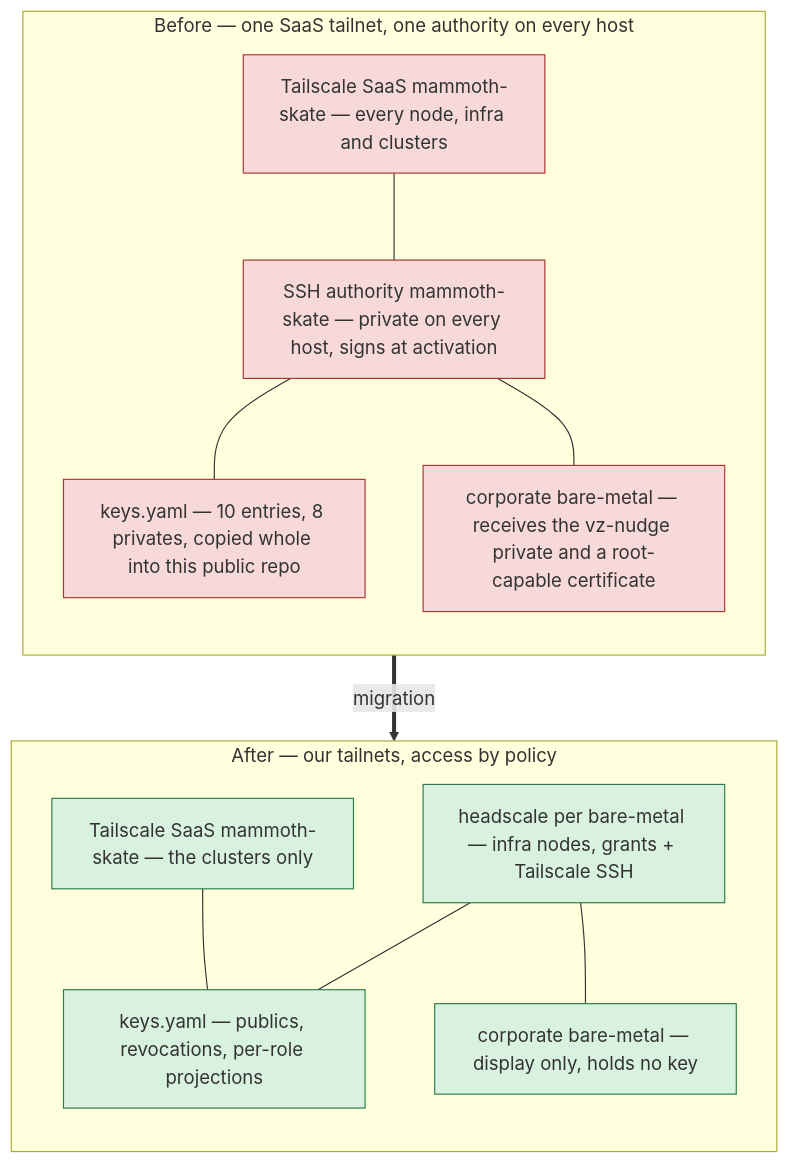
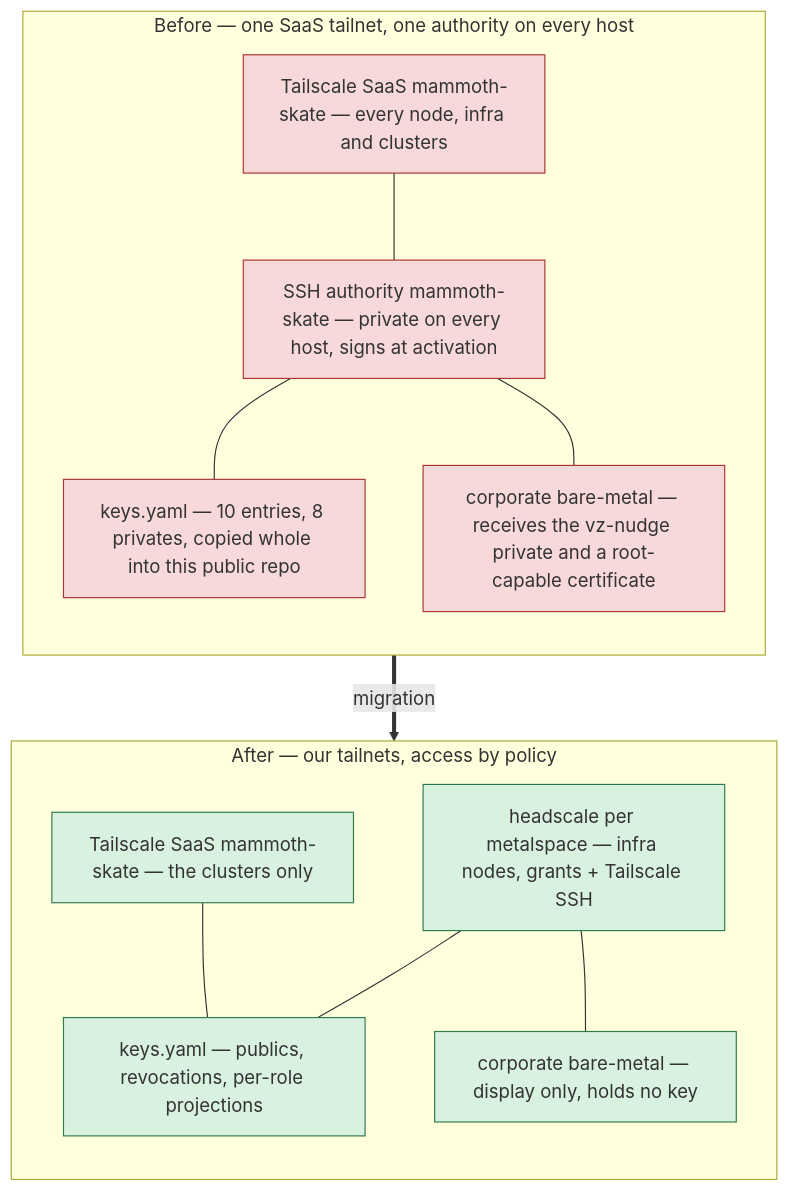
The first of 8 diagrams in docs/architecture/atlas/fabric-control-plane.adoc (seedmatic/rke2lab), drawn with Mermaid before and after one commit. The commit also changed other lines of this file and 32 other files, not shown here.

```diff
--- a/docs/architecture/atlas/fabric-control-plane.adoc
+++ b/docs/architecture/atlas/fabric-control-plane.adoc
@@ -36,27 +36,27 @@
 [mermaid]
 ....
 flowchart TB
   subgraph BEFORE["Before — one SaaS tailnet, one authority on every host"]
     direction TB
     b1["Tailscale SaaS mammoth-skate — every node, infra and clusters"]:::ko
     b2["SSH authority mammoth-skate — private on every host, signs at activation"]:::ko
     b3["keys.yaml — 10 entries, 8 privates, copied whole into this public repo"]:::ko
     b4["corporate bare-metal — receives the vz-nudge private and a root-capable certificate"]:::ko
     b1 --- b2 --- b3
     b2 --- b4
   end
   subgraph AFTER["After — our tailnets, access by policy"]
     direction TB
-    a1["headscale per bare-metal — infra nodes, grants + Tailscale SSH"]:::ok
+    a1["headscale per metalspace — infra nodes, grants + Tailscale SSH"]:::ok
     a2["Tailscale SaaS mammoth-skate — the clusters only"]:::ok
     a3["keys.yaml — publics, revocations, per-role projections"]:::ok
     a4["corporate bare-metal — display only, holds no key"]:::ok
     a1 --- a3
     a2 --- a3
     a1 --- a4
   end
   BEFORE ==>|"migration"| AFTER
 
   classDef ko fill:#f7d9d9,stroke:#a33;
   classDef ok fill:#d9f2e0,stroke:#2d7a4b;
 ....
```
